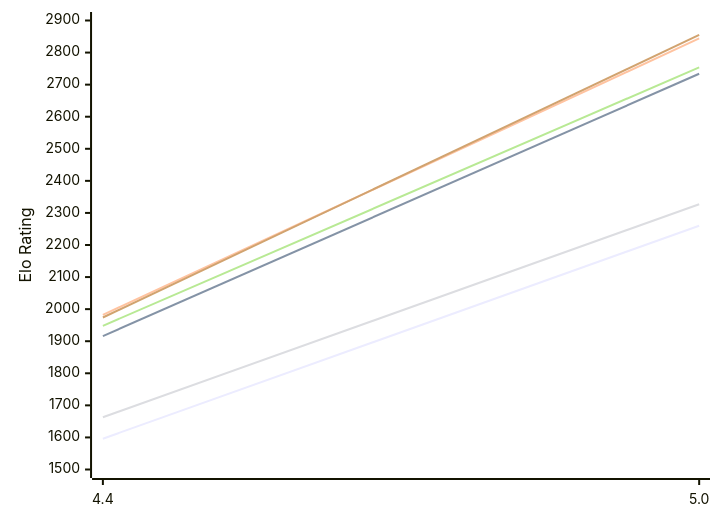
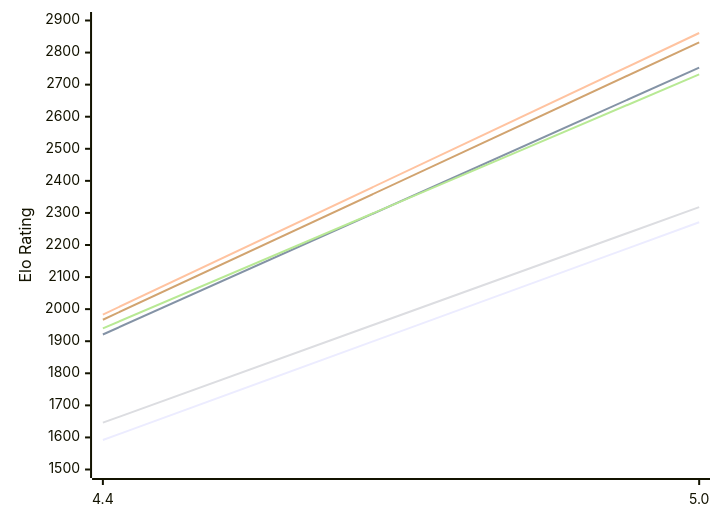
One commit to computer-chess-index/cci changed the first of 2 diagrams in engines/Radiance.md. Above: the diagram before and after it, drawn with Mermaid. The commit also changed other lines of this file, not shown here.

Commit message:
Update CCI Ratings (ELO VLTC) - 2026-11-14

````diff
--- a/engines/Radiance.md
+++ b/engines/Radiance.md
@@ -51,12 +51,12 @@
 ```mermaid
 %%{init: {"theme":"base","themeVariables":{"seriesColors:['#a3a3a3','#222221','#faa371']}}}%%
 xychart-beta
   x-axis ["4.4", "5.0"]
   y-axis "Elo Rating" 1500 --> 2900
-  line "E1: STC (8.0+0.08s)" [1596, 2260]
-  line "E1: LTC (60.0+0.60s)" [1916, 2734]
-  line "E1: VLTC (2m24s+1.12s)" [1982, 2844]
-  line "P1: STC (8.0+0.08s)" [1663, 2327]
-  line "P1: LTC (60.0+0.60s)" [1948, 2754]
-  line "P1: VLTC (2m24s+1.12s)" [1974, 2855]
+  line "E1: STC (8.0+0.08s)" [1592, 2271]
+  line "E1: LTC (60.0+0.60s)" [1921, 2753]
+  line "E1: VLTC (2m24s+1.12s)" [1983, 2861]
+  line "P1: STC (8.0+0.08s)" [1646, 2318]
+  line "P1: LTC (60.0+0.60s)" [1940, 2732]
+  line "P1: VLTC (2m24s+1.12s)" [1967, 2832]
 ```
````
